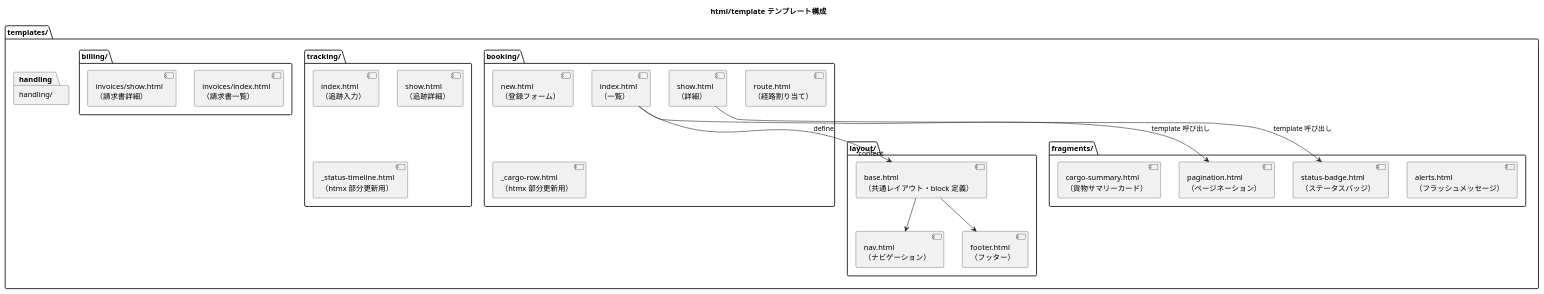
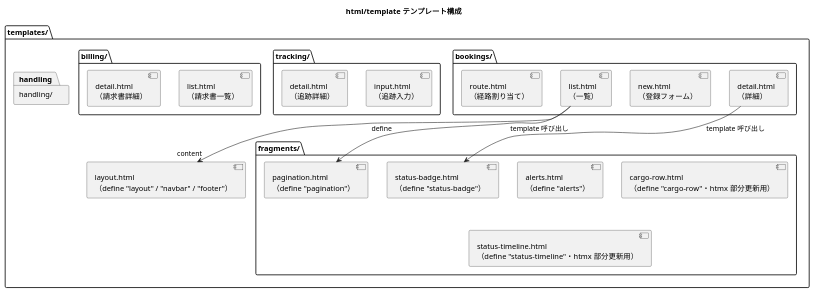
One commit to k2works/case-study-cargo-tracker changed the second of 4 diagrams in docs/design/architecture_frontend.md. Above: the diagram before and after it, drawn with PlantUML. The commit also changed other lines of this file and 5 other files, not shown here.

````diff
--- a/docs/design/architecture_frontend.md
+++ b/docs/design/architecture_frontend.md
@@ -102,52 +102,45 @@
 ```plantuml
 @startuml
 title html/template テンプレート構成
 
 package "templates/" as templates {
 
-  package "layout/" as layout {
-    [base.html\n（共通レイアウト・block 定義）]
-    [nav.html\n（ナビゲーション）]
-    [footer.html\n（フッター）]
+  [layout.html\n（define "layout" / "navbar" / "footer"）]
+
+  package "fragments/" as fragments {
+    [alerts.html\n（define "alerts"）]
+    [pagination.html\n（define "pagination"）]
+    [status-badge.html\n（define "status-badge"）]
+    [cargo-row.html\n（define "cargo-row"・htmx 部分更新用）]
+    [status-timeline.html\n（define "status-timeline"・htmx 部分更新用）]
   }
 
-  package "fragments/" as fragments {
-    [alerts.html\n（フラッシュメッセージ）]
-    [pagination.html\n（ページネーション）]
-    [status-badge.html\n（ステータスバッジ）]
-    [cargo-summary.html\n（貨物サマリーカード）]
-  }
-
-  package "booking/" as booking {
-    [index.html\n（一覧）]
+  package "bookings/" as bookings {
+    [list.html\n（一覧）]
     [new.html\n（登録フォーム）]
-    [show.html\n（詳細）]
+    [detail.html\n（詳細）]
     [route.html\n（経路割り当て）]
-    [_cargo-row.html\n（htmx 部分更新用）]
   }
 
   package "tracking/" as tracking {
-    [index.html\n（追跡入力）]
-    [show.html\n（追跡詳細）]
-    [_status-timeline.html\n（htmx 部分更新用）]
+    [input.html\n（追跡入力）]
+    [detail.html\n（追跡詳細）]
   }
 
   package "handling/" as handling {
-    [index.html\n（一覧）]
+    [list.html\n（一覧）]
     [new.html\n（登録フォーム）]
   }
 
   package "billing/" as billing {
-    [invoices/index.html\n（請求書一覧）]
-    [invoices/show.html\n（請求書詳細）]
+    [list.html\n（請求書一覧）]
+    [detail.html\n（請求書詳細）]
   }
 }
 
-[base.html\n（共通レイアウト・block 定義）] --> [nav.html\n（ナビゲーション）]
-[base.html\n（共通レイアウト・block 定義）] --> [footer.html\n（フッター）]
-[index.html\n（一覧）] --> [base.html\n（共通レイアウト・block 定義）] : define "content"
-[index.html\n（一覧）] --> [pagination.html\n（ページネーション）] : template 呼び出し
-[show.html\n（詳細）] --> [status-badge.html\n（ステータスバッジ）] : template 呼び出し
+[list.html\n（一覧）] --> [layout.html\n（define "layout" / "navbar" / "footer"）] : define "content"
+[list.html\n（一覧）] --> [pagination.html\n（define "pagination"）] : template 呼び出し
+[detail.html\n（詳細）] --> [status-badge.html\n（define "status-badge"）] : template 呼び出し
 
 @enduml
 ```
````
